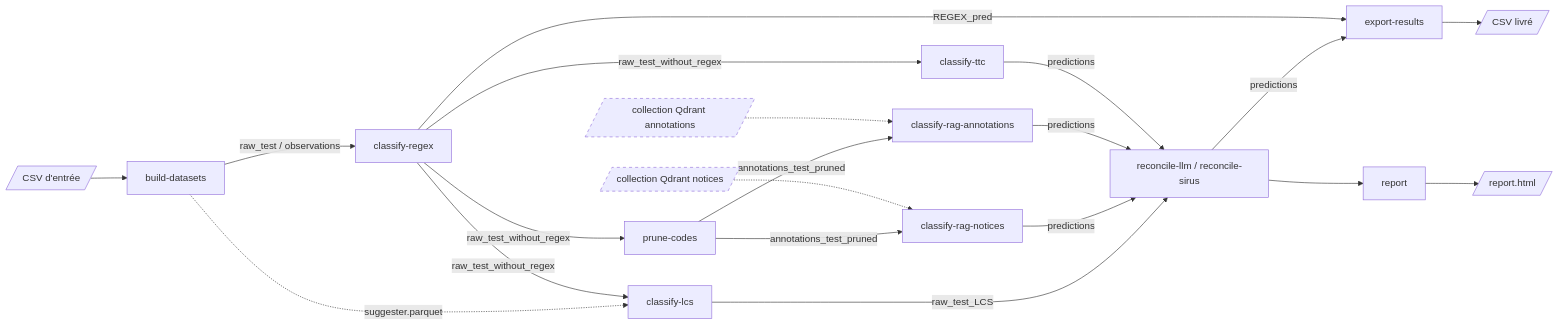
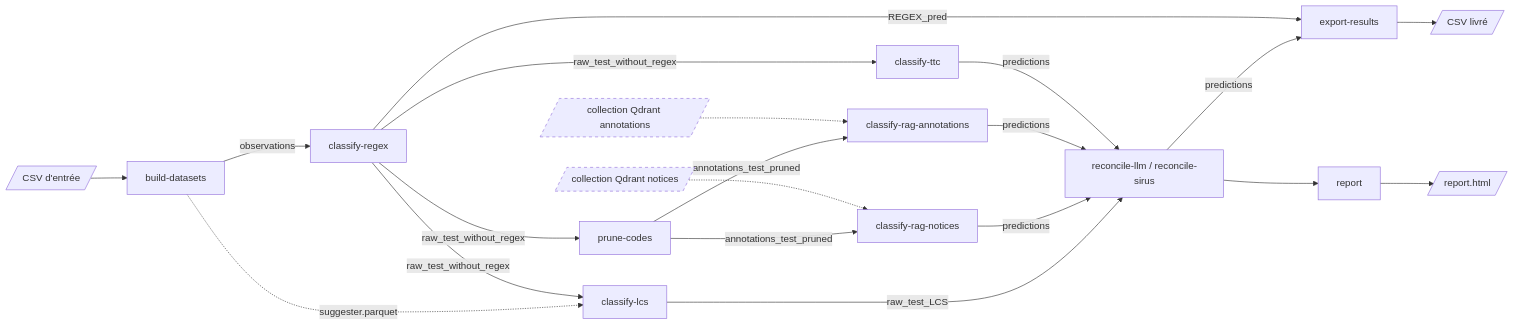
The diagram in docs/slides/pipeline-mainteneurs/index.qmd (InseeFrLab/codif-coicop-bdf), drawn with Mermaid before and after one commit. The commit also changed other lines of this file and 56 other files, not shown here.

````diff
--- a/docs/slides/pipeline-mainteneurs/index.qmd
+++ b/docs/slides/pipeline-mainteneurs/index.qmd
@@ -31,24 +31,24 @@
 ```{mermaid}
 flowchart LR
   input[/"CSV d'entrée"/] --> PRE[build-datasets]
-  PRE -- "raw_test / observations" --> REG[classify-regex]
+  PRE -- observations --> REG[classify-regex]
   PRE -.->|"suggester.parquet"| LCS
   REG -- raw_test_without_regex --> LCS[classify-lcs]
   REG -- raw_test_without_regex --> PRU[prune-codes]
   REG -- raw_test_without_regex --> TTC[classify-ttc]
   PRU -- annotations_test_pruned --> RAG[classify-rag-notices]
   PRU -- annotations_test_pruned --> RAGA[classify-rag-annotations]
   VDB[/"collection Qdrant notices"/] -.-> RAG
   VDBA[/"collection Qdrant annotations"/] -.-> RAGA
   LCS -- raw_test_LCS --> DEC[reconcile-llm / reconcile-sirus]
   RAG -- predictions --> DEC
   RAGA -- predictions --> DEC
   TTC -- predictions --> DEC
   DEC -- predictions --> FIN[export-results]
   REG -- REGEX_pred --> FIN
   DEC --> REP[report]
   FIN --> out[/"CSV livré"/]
   REP --> html[/report.html/]
   style VDB stroke-dasharray: 5 5
   style VDBA stroke-dasharray: 5 5
 ```
````
